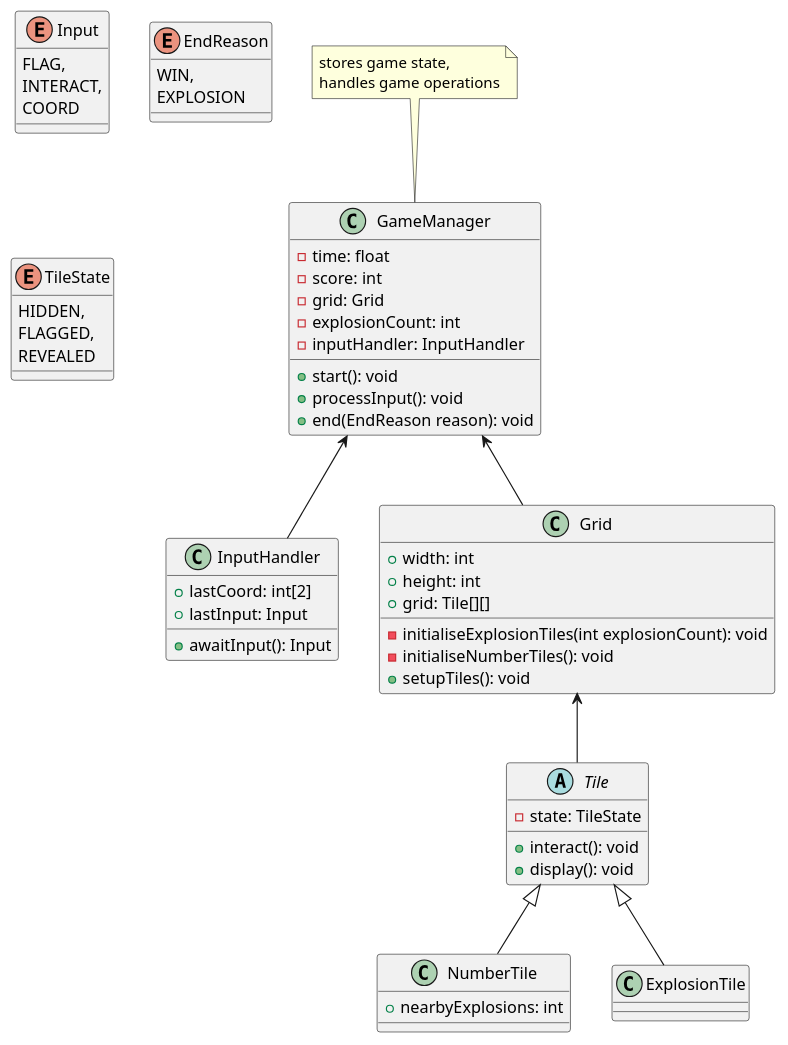
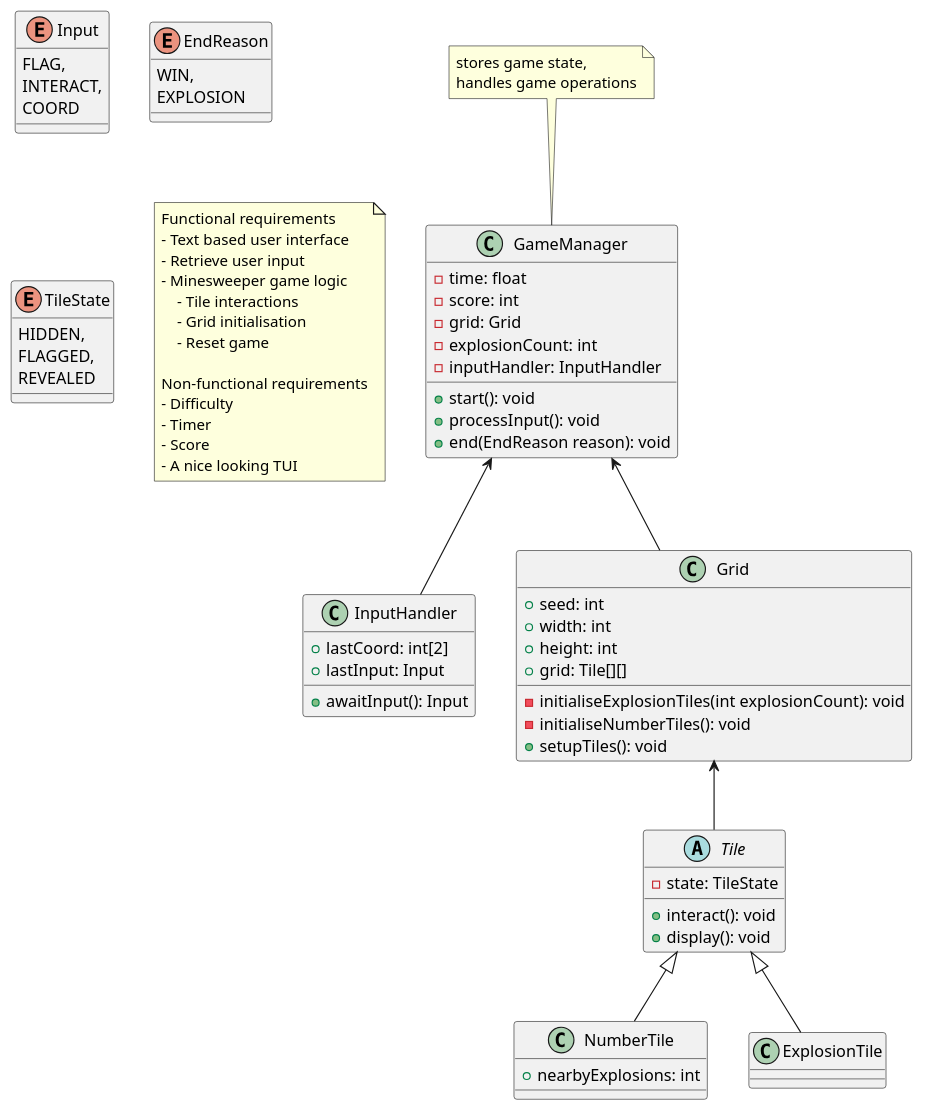
The diagram in UMLDiagram.puml (dylancaet/JavaSweeper), drawn with PlantUML before and after one commit. The commit also changed 6 other files, not shown here.

```diff
--- a/UMLDiagram.puml
+++ b/UMLDiagram.puml
@@ -1,63 +1,81 @@
 @startuml
 'https://plantuml.com/class-diagram
 
 class GameManager {
     - time: float
     - score: int
     - grid: Grid
     - explosionCount: int
     - inputHandler: InputHandler
     +start(): void
     +processInput(): void
     +end(EndReason reason): void
 }
 class InputHandler {
     +lastCoord: int[2]
     +lastInput: Input
     +awaitInput(): Input
 }
 
 note top of GameManager : stores game state,\nhandles game operations
 
 enum Input {
     FLAG,
     INTERACT,
     COORD
 }
 
 enum EndReason {
     WIN,
     EXPLOSION
 }
 
 enum TileState {
     HIDDEN,
     FLAGGED,
     REVEALED
 }
 
 class Grid {
+    +seed: int
     +width: int
     +height: int
     +grid: Tile[][]
     -initialiseExplosionTiles(int explosionCount): void
     -initialiseNumberTiles(): void
     +setupTiles(): void
 }
 
 abstract class Tile {
     - state: TileState
     +interact(): void
     +display(): void
 }
 
 class NumberTile extends Tile {
     +nearbyExplosions: int
 }
 class ExplosionTile extends Tile {
 }
 
 GameManager <-- Grid
 GameManager <-- InputHandler
 Grid <-- Tile
+
+note as N1
+Functional requirements
+- Text based user interface
+- Retrieve user input
+- Minesweeper game logic
+    - Tile interactions
+    - Grid initialisation
+    - Reset game
+
+Non-functional requirements
+- Difficulty
+- Timer
+- Score
+- A nice looking TUI
+endnote
+
 @enduml
```
